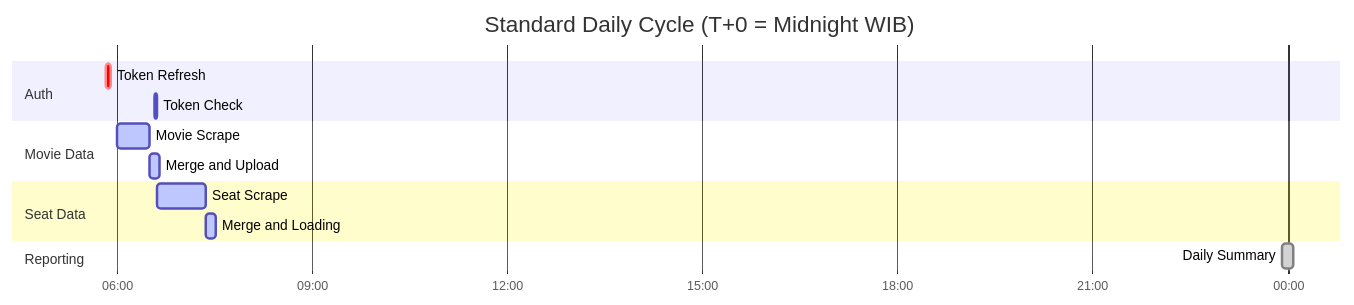
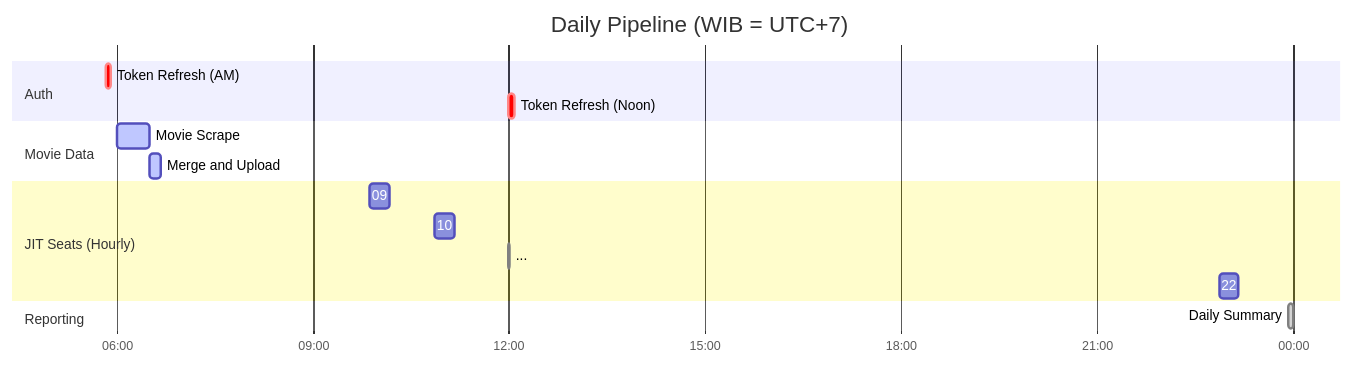
One commit to okihita/CineRadar changed the first of 6 diagrams in docs/03_daily_pipeline.md. Above: the diagram before and after it, drawn with Mermaid. The commit also changed other lines of this file and 19 other files, not shown here.

First line of the commit message:
feat: implement JIT seat scraping and movie performance aggregation

````diff
--- a/docs/03_daily_pipeline.md
+++ b/docs/03_daily_pipeline.md
@@ -7,21 +20,23 @@
 ```mermaid
 gantt
-    title Standard Daily Cycle (T+0 = Midnight WIB)
+    title Daily Pipeline (WIB = UTC+7)
     dateFormat HH:mm
     axisFormat %H:%M
     
     section Auth
-    Token Refresh      :crit, t1, 05:50, 5m
-    Token Check        :active, t2, 06:35, 2m
+    Token Refresh (AM)   :crit, 05:50, 5m
+    Token Refresh (Noon) :crit, 12:00, 5m
 
     section Movie Data
-    Movie Scrape       :active, m1, 06:00, 30m
-    Merge and Upload   :active, m2, after m1, 10m
+    Movie Scrape         :active, 06:00, 30m
+    Merge and Upload     :active, 06:30, 10m
 
-    section Seat Data
-    Seat Scrape        :active, s1, after t2, 45m
-    Merge and Loading  :active, s2, after s1, 10m
+    section JIT Seats (Hourly)
+    09:52 JIT Scrape     :active, 09:52, 18m
+    10:52 JIT Scrape     :active, 10:52, 18m
+    ...                  :done, 12:00, 1m
+    22:52 JIT Scrape     :active, 22:52, 18m
     
     section Reporting
-    Daily Summary      :done, r1, 23:55, 10m
+    Daily Summary        :done, 23:55, 5m
 ```
````
